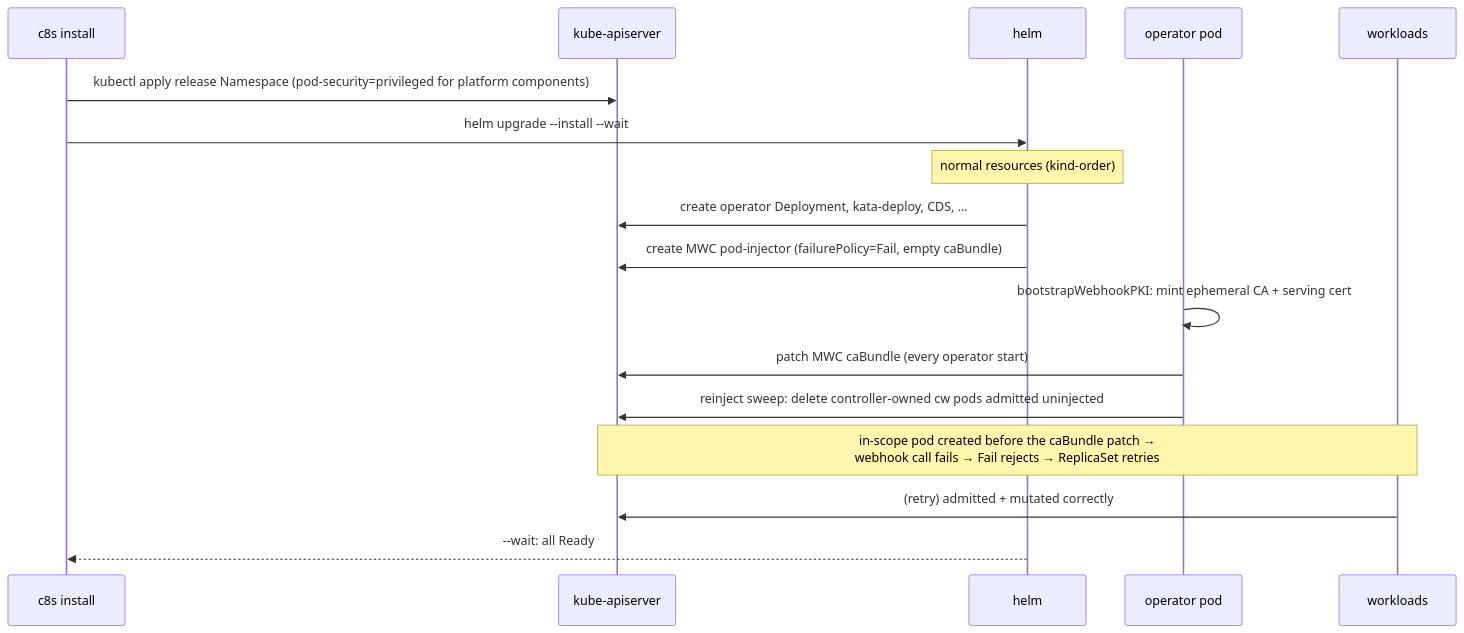
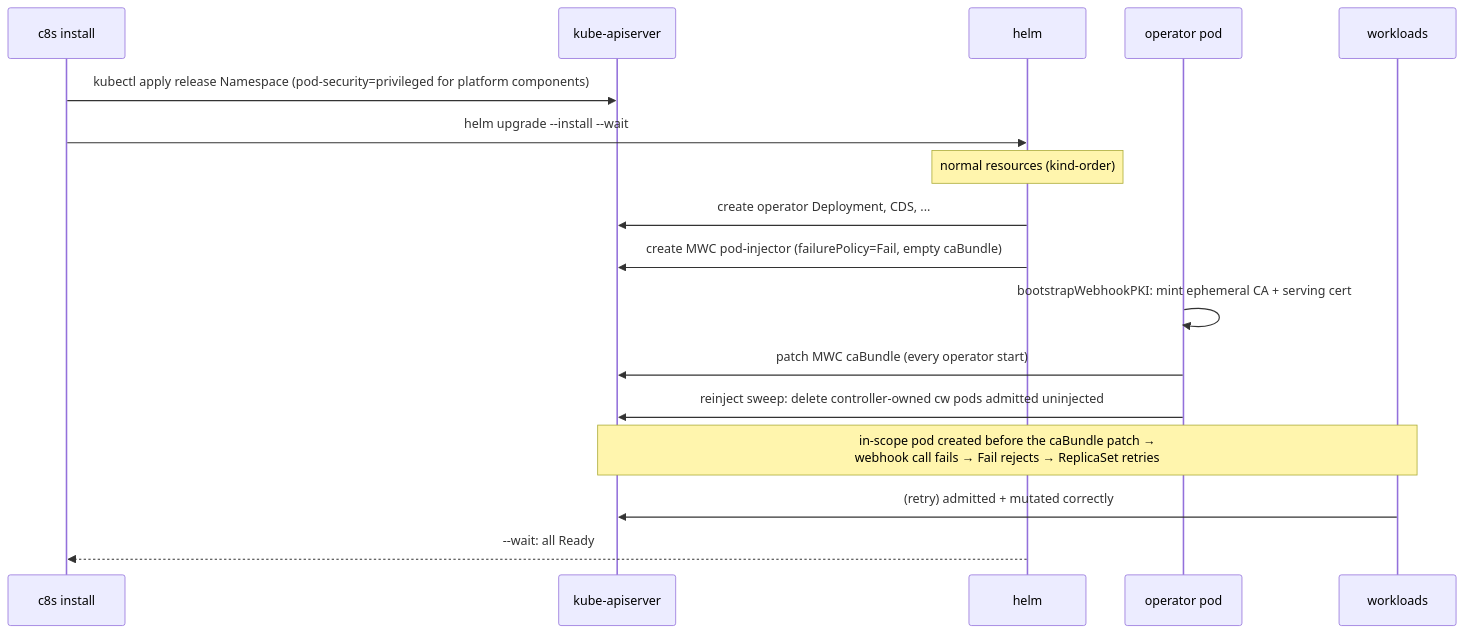
One commit to confidential-dot-ai/c8s changed the first of 4 diagrams in docs/install-flows.md. Above: the diagram before and after it, drawn with Mermaid. The commit also changed other lines of this file and 268 other files, not shown here.

````diff
--- a/docs/install-flows.md
+++ b/docs/install-flows.md
@@ -158,20 +95,20 @@
 ```mermaid
 sequenceDiagram
     participant CLI as c8s install
     participant K as kube-apiserver
     participant Helm as helm
     participant Op as operator pod
     participant Pods as workloads
 
     CLI->>K: kubectl apply release Namespace (pod-security=privileged for platform components)
     CLI->>Helm: helm upgrade --install --wait
     Note over Helm: normal resources (kind-order)
-    Helm->>K: create operator Deployment, kata-deploy, CDS, ...
+    Helm->>K: create operator Deployment, CDS, ...
     Helm->>K: create MWC pod-injector (failurePolicy=Fail, empty caBundle)
     Op->>Op: bootstrapWebhookPKI: mint ephemeral CA + serving cert
     Op->>K: patch MWC caBundle (every operator start)
     Op->>K: reinject sweep: delete controller-owned cw pods admitted uninjected
     Note over Pods,K: in-scope pod created before the caBundle patch →<br/>webhook call fails → Fail rejects → ReplicaSet retries
     Pods->>K: (retry) admitted + mutated correctly
     Helm-->>CLI: --wait: all Ready
 ```
````
